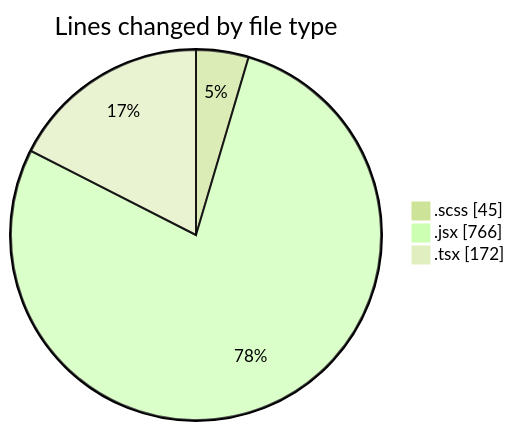
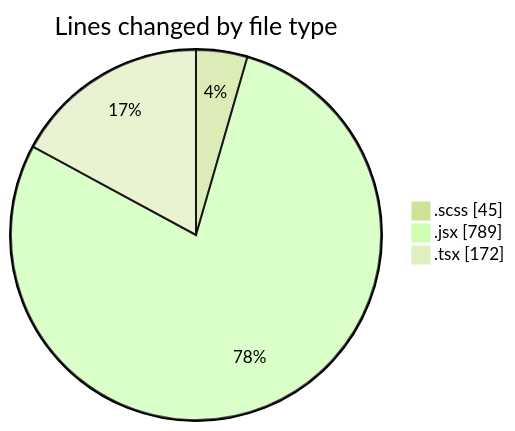
One commit to momahboobian/code-tracking changed the first of 2 diagrams in 2025-06-03/cda/README.md. Above: the diagram before and after it, drawn with Mermaid (forest theme). The commit also changed other lines of this file and 1 other file, not shown here.

````diff
--- a/2025-06-03/cda/README.md
+++ b/2025-06-03/cda/README.md
@@ -23,7 +23,7 @@
 ```mermaid
 pie showData
 title Lines changed by file type
 ".scss" : 45
-".jsx" : 766
+".jsx" : 789
 ".tsx" : 172
 ```
````
